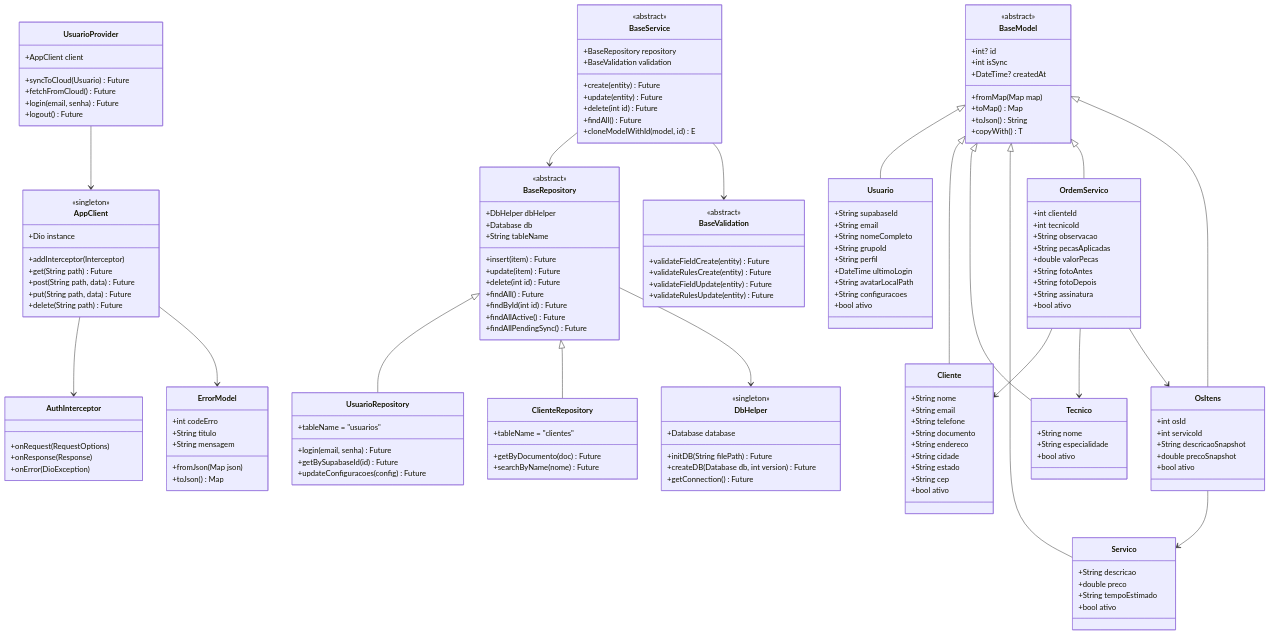
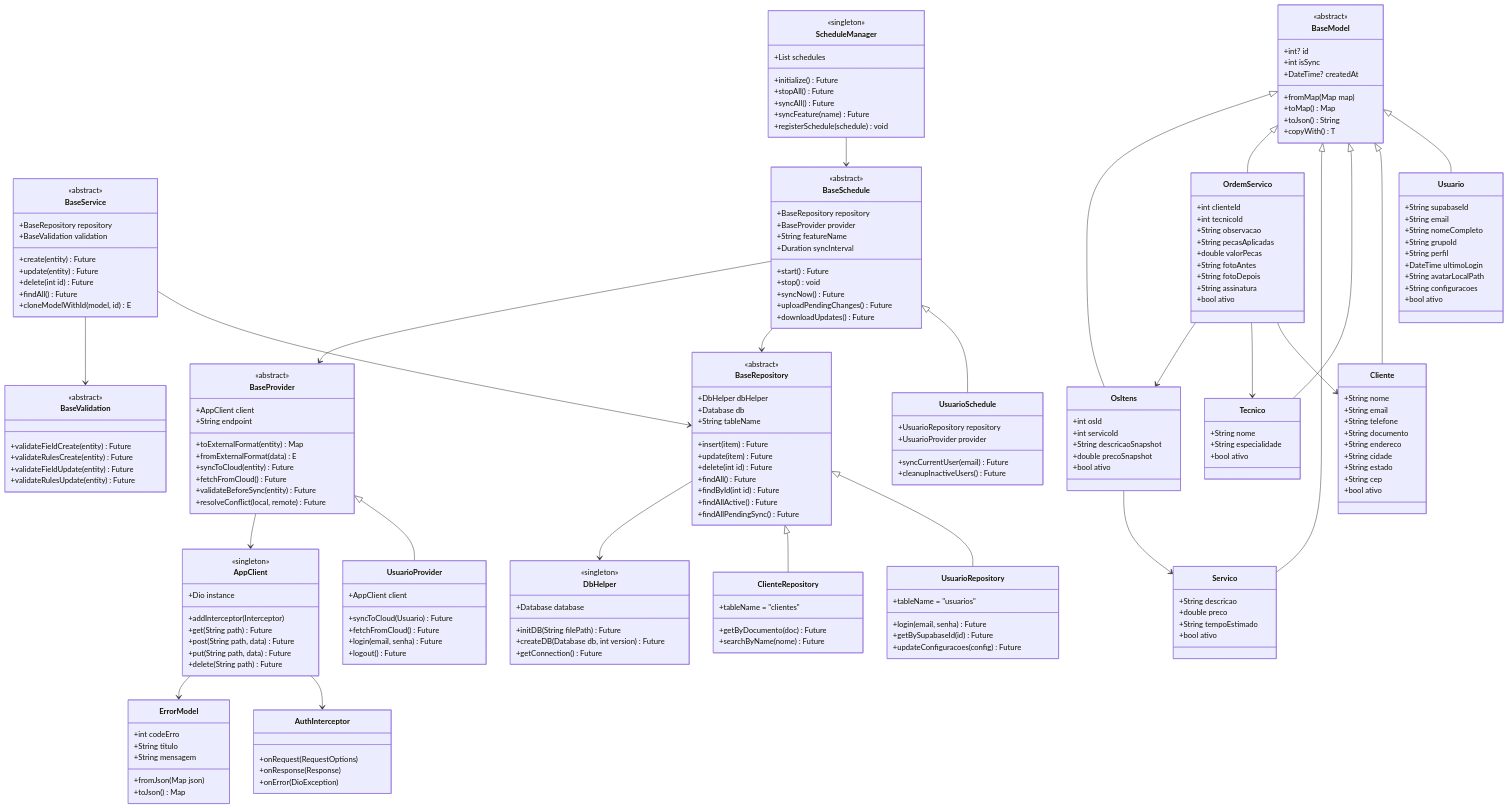
The diagram in README.md (marquesclayton/ads5-20261-serviceflow), drawn with Mermaid before and after one commit. The commit also changed other lines of this file and 12 other files, not shown here.

First line of the commit message:
Add BaseProvider/BaseSchedule sync framework

````diff
--- a/README.md
+++ b/README.md
@@ -162,6 +174,31 @@
         +cloneModelWithId(model, id) E
     }
 
+    class BaseProvider {
+        <<abstract>>
+        +AppClient client
+        +String endpoint
+        +toExternalFormat(entity) Map
+        +fromExternalFormat(data) E
+        +syncToCloud(entity) Future
+        +fetchFromCloud() Future
+        +validateBeforeSync(entity) Future
+        +resolveConflict(local, remote) Future
+    }
+
+    class BaseSchedule {
+        <<abstract>>
+        +BaseRepository repository
+        +BaseProvider provider
+        +String featureName
+        +Duration syncInterval
+        +start() Future
+        +stop() void
+        +syncNow() Future
+        +uploadPendingChanges() Future
+        +downloadUpdates() Future
+    }
+
     class AppClient {
         <<singleton>>
         +Dio instance
@@ -180,6 +217,16 @@
         +getConnection() Future
     }
 
+    class ScheduleManager {
+        <<singleton>>
+        +List schedules
+        +initialize() Future
+        +stopAll() Future
+        +syncAll() Future
+        +syncFeature(name) Future
+        +registerSchedule(schedule) void
+    }
+
     %% Provider Layer (API Communication)
     class UsuarioProvider {
         +AppClient client
@@ -187,6 +234,13 @@
         +fetchFromCloud() Future
         +login(email, senha) Future
         +logout() Future
+    }
+
+    class UsuarioSchedule {
+        +UsuarioRepository repository
+        +UsuarioProvider provider
+        +syncCurrentUser(email) Future
+        +cleanupInactiveUsers() Future
     }
 
     class AuthInterceptor {
@@ -275,7 +329,7 @@
         +searchByName(nome) Future
     }
 
-    %% Relacionamentos Corretos
+    %% Relacionamentos Arquitetura Completa
     BaseModel <|-- Usuario
     BaseModel <|-- Cliente
     BaseModel <|-- Tecnico
@@ -286,19 +340,29 @@
     BaseRepository <|-- UsuarioRepository
     BaseRepository <|-- ClienteRepository
     
+    BaseProvider <|-- UsuarioProvider
+    
+    BaseSchedule <|-- UsuarioSchedule
+    
     BaseService --> BaseRepository
     BaseService --> BaseValidation
     
+    %% Relacionamentos entre Entidades
     OrdemServico --> Cliente
     OrdemServico --> Tecnico
     OrdemServico --> OsItens
     OsItens --> Servico
     
-    %% Camada de Persistência (SQLite)
+    %% Camada de Persistência Local (SQLite)
     BaseRepository --> DbHelper
     
-    %% Camada de Comunicação (API Externa)
-    UsuarioProvider --> AppClient
+    %% Camada de Comunicação Externa (API)
+    BaseProvider --> AppClient
     AppClient --> AuthInterceptor
     AppClient --> ErrorModel
+    
+    %% Sistema de Sincronização Automática
+    BaseSchedule --> BaseRepository
+    BaseSchedule --> BaseProvider
+    ScheduleManager --> BaseSchedule
 ```
````
